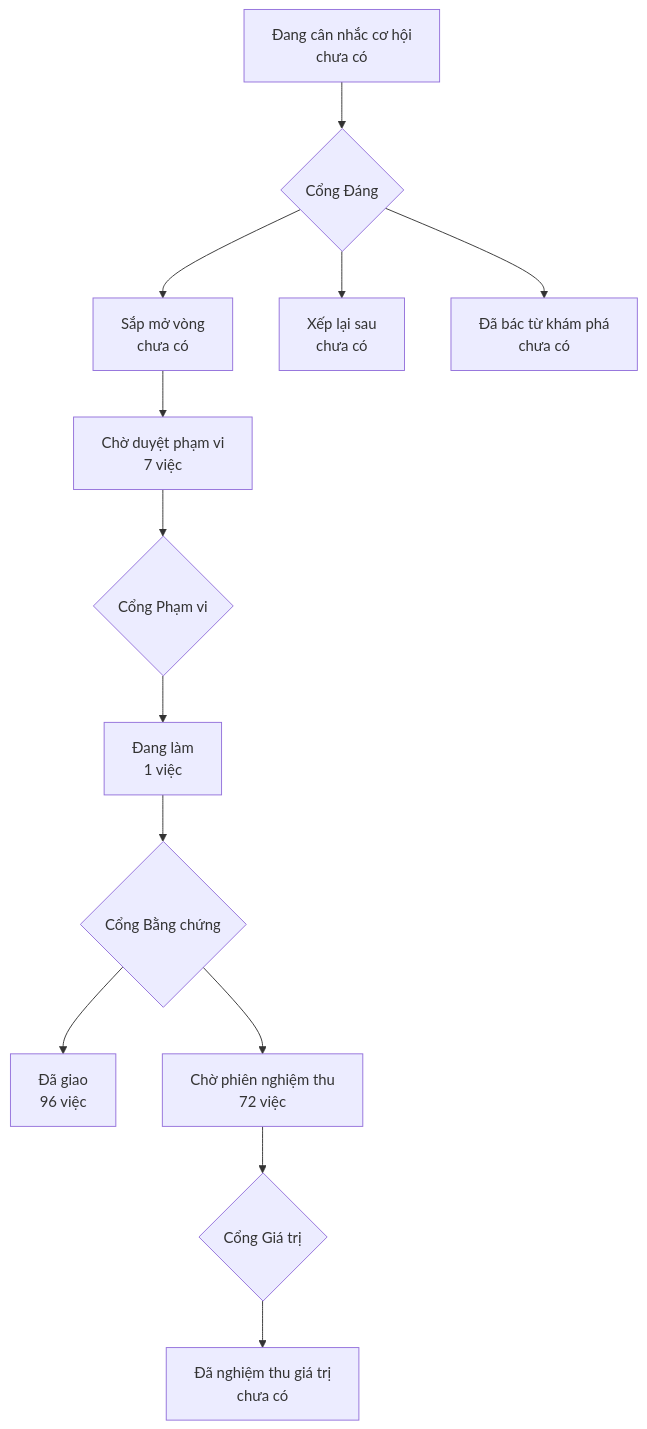
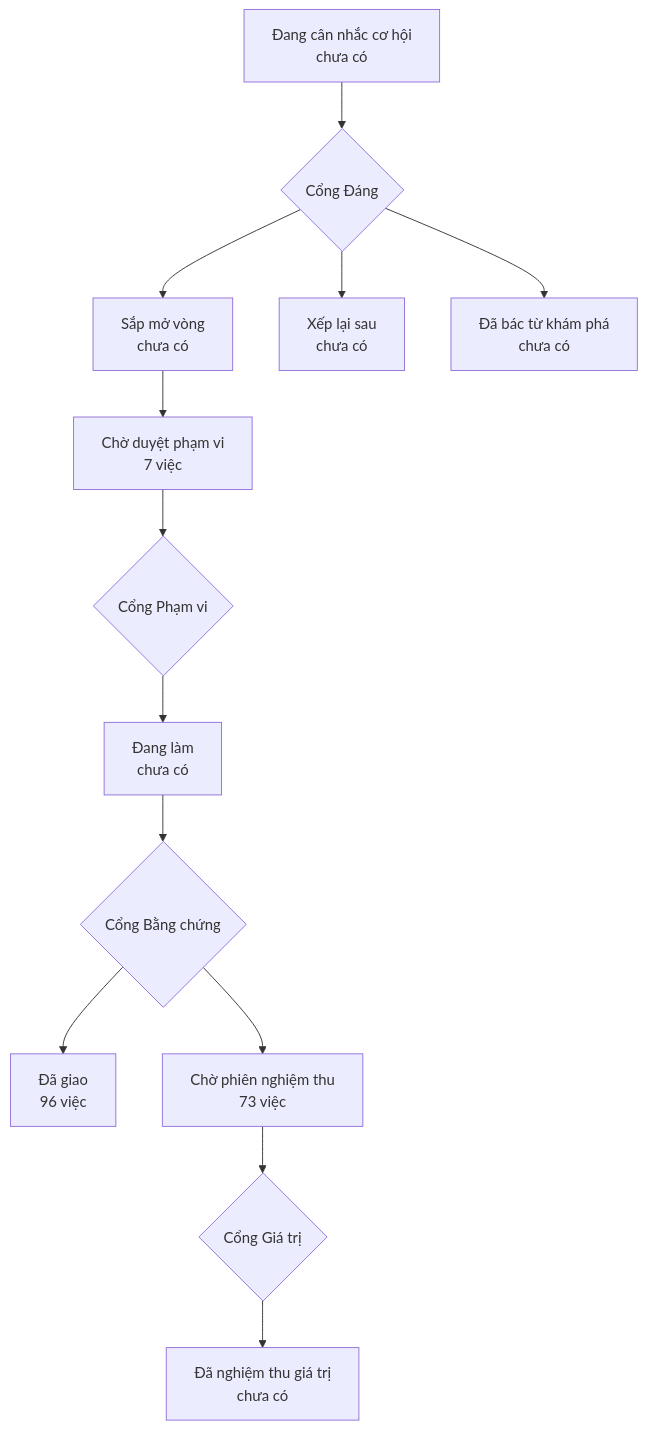
Before and after one commit to phanlemanh/onehub-invest: the diagram in PRODUCT-MAP.md, drawn with Mermaid. The commit also changed other lines of this file and 4 other files, not shown here.

````diff
--- a/PRODUCT-MAP.md
+++ b/PRODUCT-MAP.md
@@ -7,12 +7,12 @@
 ```mermaid
 flowchart TD
   A["Đang cân nhắc cơ hội<br/>chưa có"] --> GD{"Cổng Đáng"}
   GD --> B["Sắp mở vòng<br/>chưa có"]
   GD --> XL["Xếp lại sau<br/>chưa có"]
   GD --> DB["Đã bác từ khám phá<br/>chưa có"]
   B --> CD["Chờ duyệt phạm vi<br/>7 việc"] --> GP{"Cổng Phạm vi"}
-  GP --> DL["Đang làm<br/>1 việc"] --> GB{"Cổng Bằng chứng"}
+  GP --> DL["Đang làm<br/>chưa có"] --> GB{"Cổng Bằng chứng"}
   GB --> DG["Đã giao<br/>96 việc"]
-  GB --> CN["Chờ phiên nghiệm thu<br/>72 việc"] --> GG{"Cổng Giá trị"}
+  GB --> CN["Chờ phiên nghiệm thu<br/>73 việc"] --> GG{"Cổng Giá trị"}
   GG --> NT["Đã nghiệm thu giá trị<br/>chưa có"]
 ```
````
